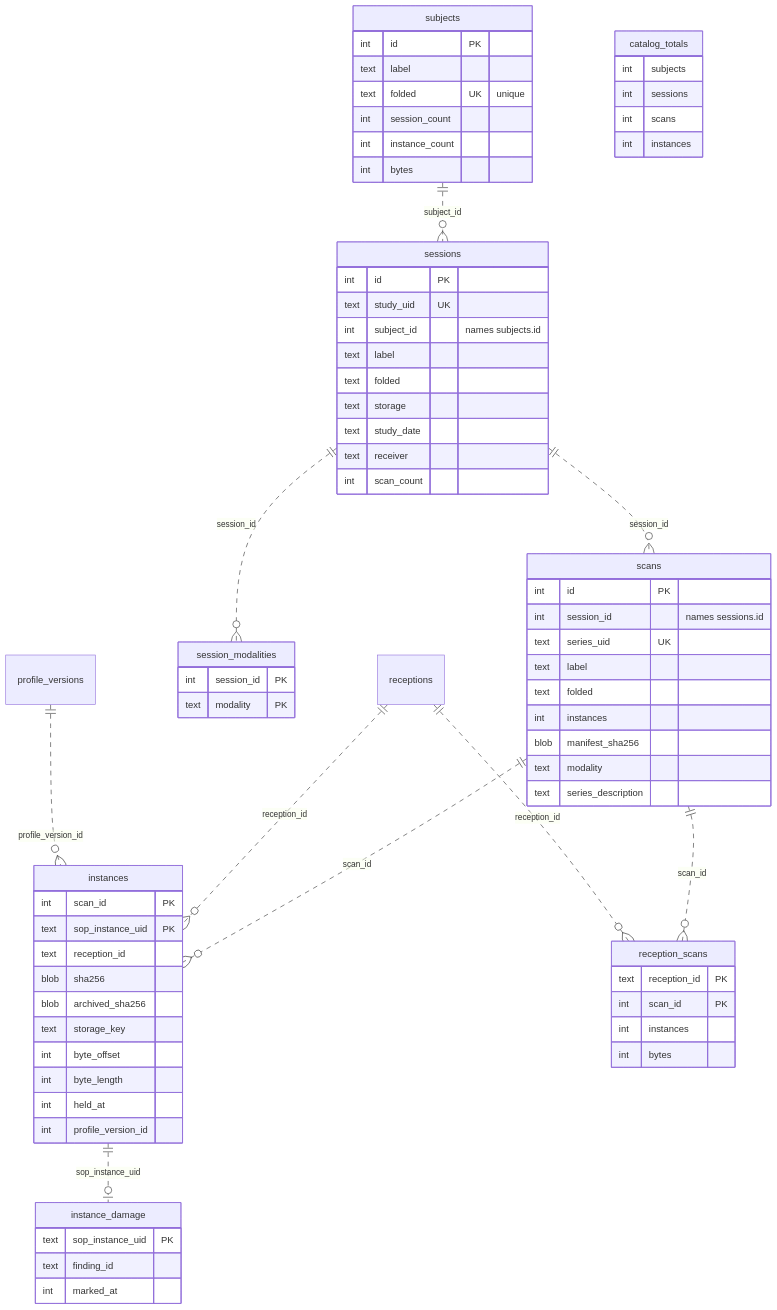
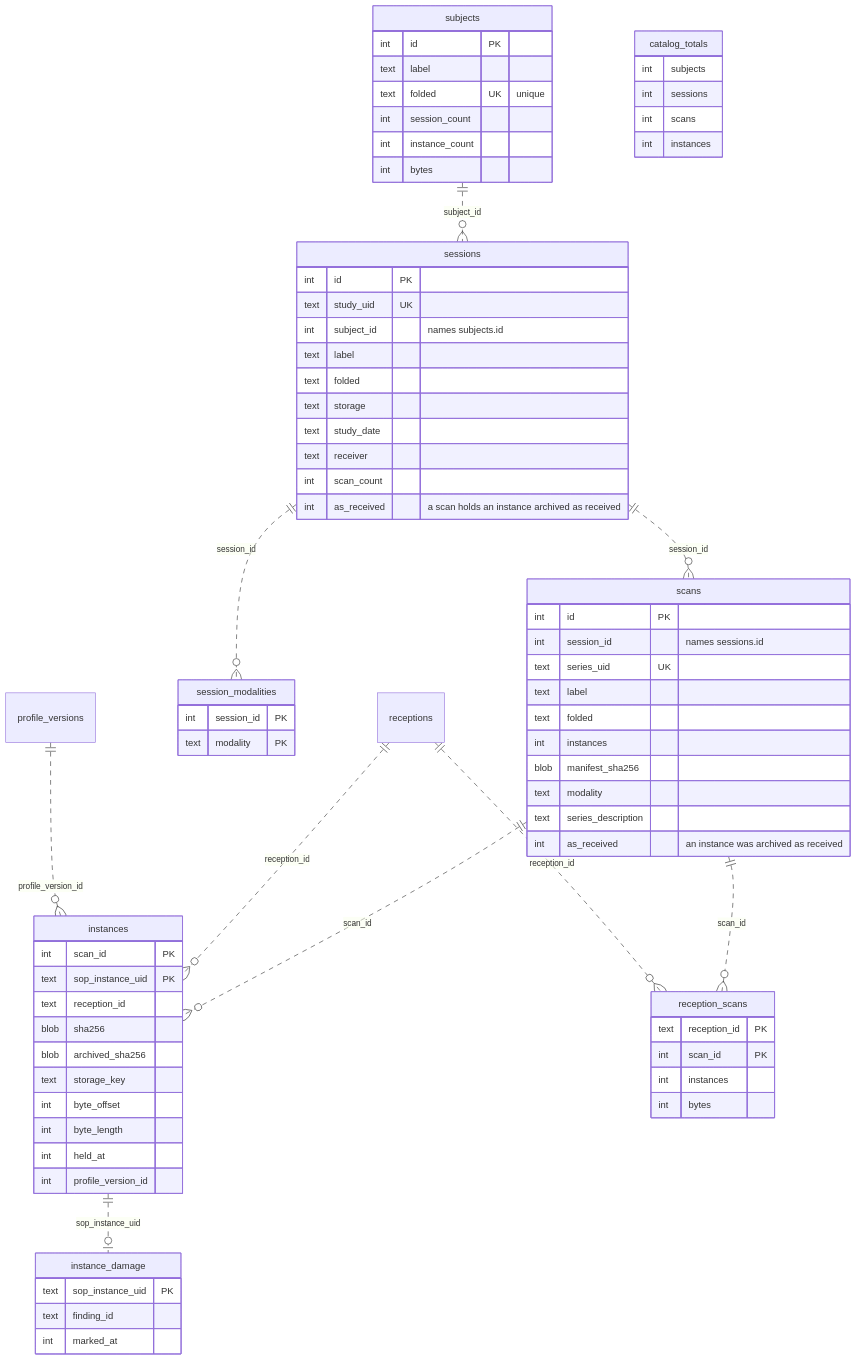
The fifth of 15 diagrams in docs/develop/database.md (amrshadid/nopacs), drawn with Mermaid before and after one commit. The commit also changed other lines of this file and 43 other files, not shown here.

First line of the commit message:
fix(catalog): keep whether a row was archived as received; hold a transfer's must-de-identify file at archive

````diff
--- a/docs/develop/database.md
+++ b/docs/develop/database.md
@@ -346,77 +351,79 @@
 ```mermaid
 erDiagram
     subjects {
         int id PK
         text label
         text folded UK "unique"
         int session_count
         int instance_count
         int bytes
     }
     sessions {
         int id PK
         text study_uid UK
         int subject_id "names subjects.id"
         text label
         text folded
         text storage
         text study_date
         text receiver
         int scan_count
+        int as_received "a scan holds an instance archived as received"
     }
     scans {
         int id PK
         int session_id "names sessions.id"
         text series_uid UK
         text label
         text folded
         int instances
         blob manifest_sha256
         text modality
         text series_description
+        int as_received "an instance was archived as received"
     }
     session_modalities {
         int session_id PK
         text modality PK
     }
     instances {
         int scan_id PK
         text sop_instance_uid PK
         text reception_id
         blob sha256
         blob archived_sha256
         text storage_key
         int byte_offset
         int byte_length
         int held_at
         int profile_version_id
     }
     reception_scans {
         text reception_id PK
         int scan_id PK
         int instances
         int bytes
     }
     instance_damage {
         text sop_instance_uid PK
         text finding_id
         int marked_at
     }
     catalog_totals {
         int subjects
         int sessions
         int scans
         int instances
     }
     receptions
     profile_versions
     subjects ||..o{ sessions : "subject_id"
     sessions ||..o{ scans : "session_id"
     sessions ||..o{ session_modalities : "session_id"
     scans ||..o{ instances : "scan_id"
     scans ||..o{ reception_scans : "scan_id"
     receptions ||..o{ reception_scans : "reception_id"
     receptions ||..o{ instances : "reception_id"
     profile_versions ||..o{ instances : "profile_version_id"
     instances ||..o| instance_damage : "sop_instance_uid"
 ```
````
